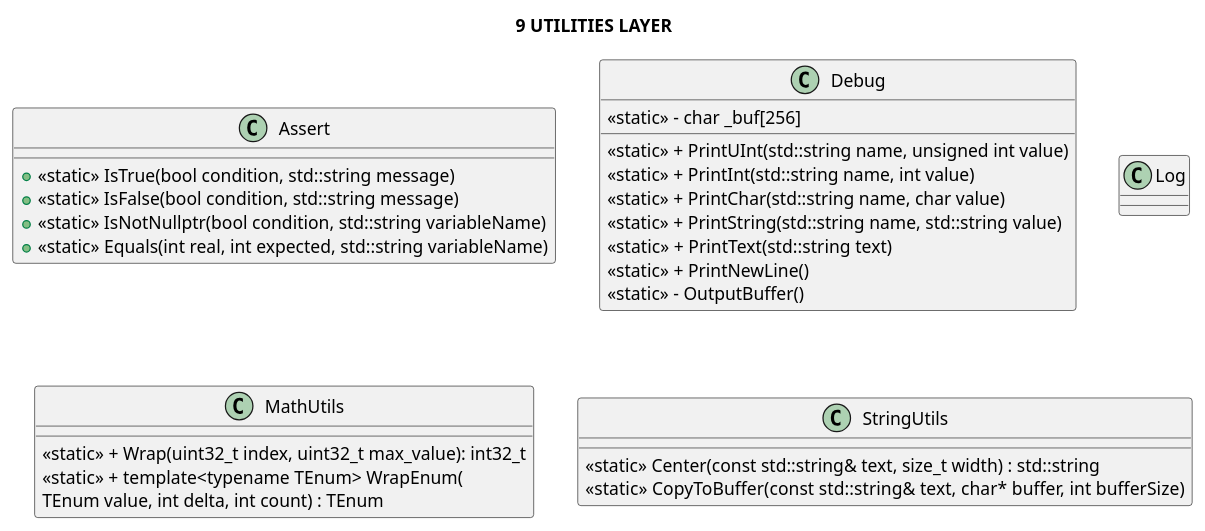
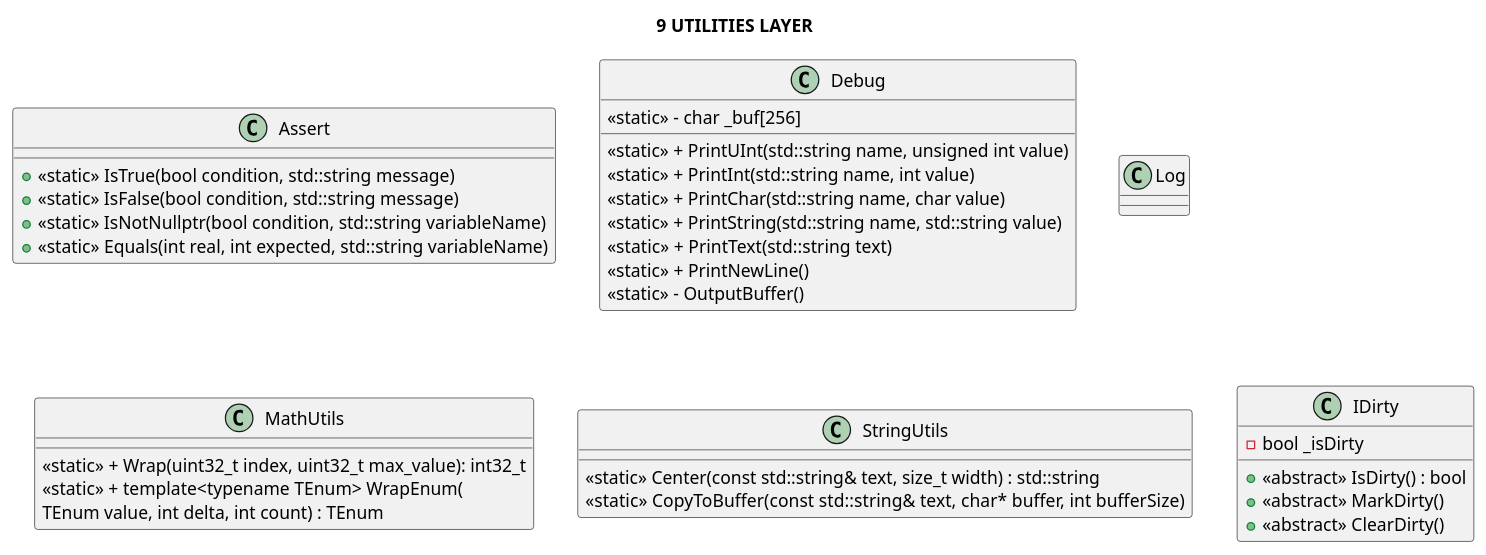
Before and after one commit to michelkeijzers/fraxis: the diagram in Docs/Software Design/Layers/L9_utilities_layer.puml, drawn with PlantUML. The commit also changed 24 other files, not shown here.

```diff
--- a/Docs/Software Design/Layers/L9_utilities_layer.puml
+++ b/Docs/Software Design/Layers/L9_utilities_layer.puml
@@ -1,45 +1,53 @@
 @startuml
 
 title 9 UTILITIES LAYER
 
 skinparam packageStyle rectangle
 skinparam lineThickness 2
 
 class Assert
 {
     + <<static>> IsTrue(bool condition, std::string message)
     + <<static>> IsFalse(bool condition, std::string message)
     + <<static>> IsNotNullptr(bool condition, std::string variableName)
     + <<static>> Equals(int real, int expected, std::string variableName)
 }
 
 class Debug
 {
     <<static>> + PrintUInt(std::string name, unsigned int value)
     <<static>> + PrintInt(std::string name, int value)
     <<static>> + PrintChar(std::string name, char value)
     <<static>> + PrintString(std::string name, std::string value)
     <<static>> + PrintText(std::string text)
     <<static>> + PrintNewLine()
     <<static>> - OutputBuffer()
     <<static>> - char _buf[256]
 }
 
 class Log
 {
 }
 
 class MathUtils
 {
     <<static>> + Wrap(uint32_t index, uint32_t max_value): int32_t
     <<static>> + template<typename TEnum> WrapEnum(
         TEnum value, int delta, int count) : TEnum
 }
 
 class StringUtils
 {
     <<static>> Center(const std::string& text, size_t width) : std::string
     <<static>> CopyToBuffer(const std::string& text, char* buffer, int bufferSize)
 }
 
+class IDirty
+{
+    - bool _isDirty
+    + <<abstract>> IsDirty() : bool
+    + <<abstract>> MarkDirty()
+    + <<abstract>> ClearDirty()
+}
+
 @enduml
```
